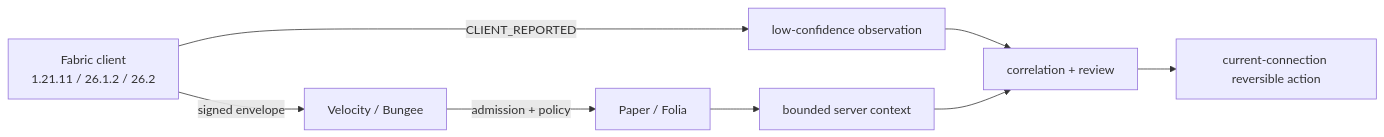
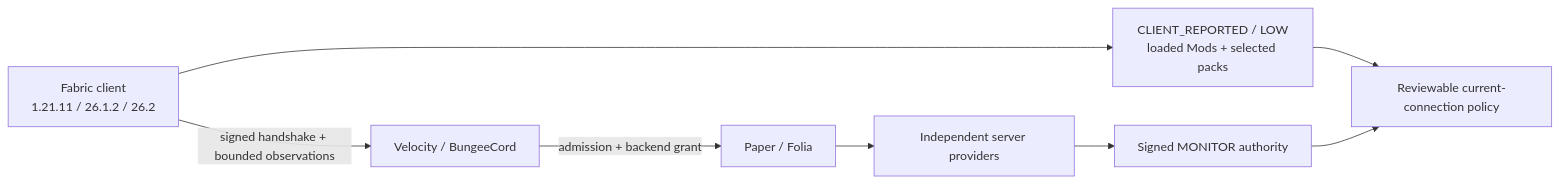
Before and after one commit to TypeThe0ry/MCAce: the diagram in README.md, drawn with Mermaid. The commit also changed other lines of this file and 964 other files, not shown here.

````diff
--- a/README.md
+++ b/README.md
@@ -189,10 +624,18 @@
 ```mermaid
 flowchart LR
-  c[Fabric client\n1.21.11 / 26.1.2 / 26.2] -->|signed envelope| p[Velocity / Bungee]
-  p -->|admission + policy| s[Paper / Folia]
-  c -->|CLIENT_REPORTED| o[low-confidence observation]
-  s --> x[bounded server context]
-  o --> r[correlation + review]
-  x --> r
-  r --> a[current-connection reversible action]
+  C[Fabric client\n1.21.11 / 26.1.2 / 26.2]
+  P[Velocity / BungeeCord]
+  B[Paper / Folia]
+  O[CLIENT_REPORTED / LOW\nloaded Mods + selected packs]
+  S[Independent server providers]
+  A[Signed MONITOR authority]
+  R[Reviewable current-connection policy]
+
+  C -->|signed handshake + bounded observations| P
+  P -->|admission + backend grant| B
+  C --> O
+  B --> S
+  S --> A
+  O --> R
+  A --> R
 ```
````
